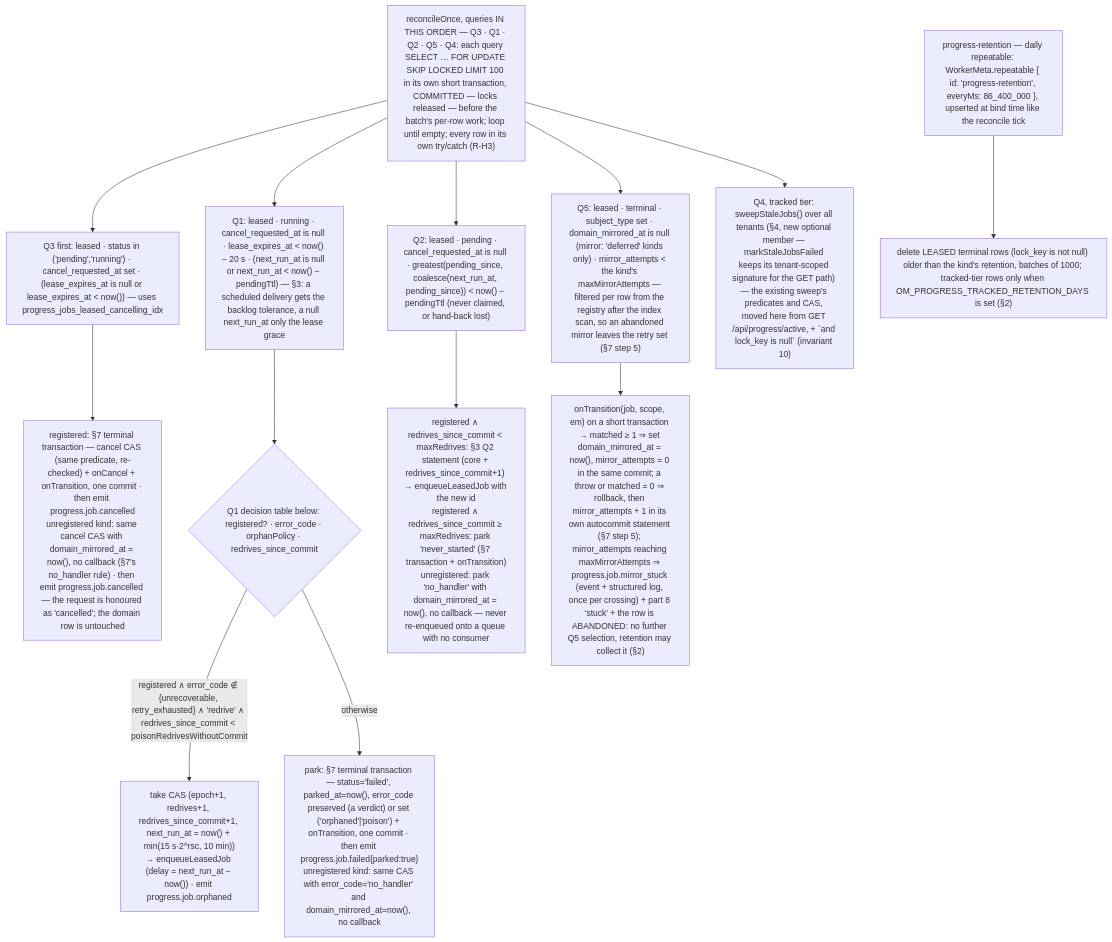
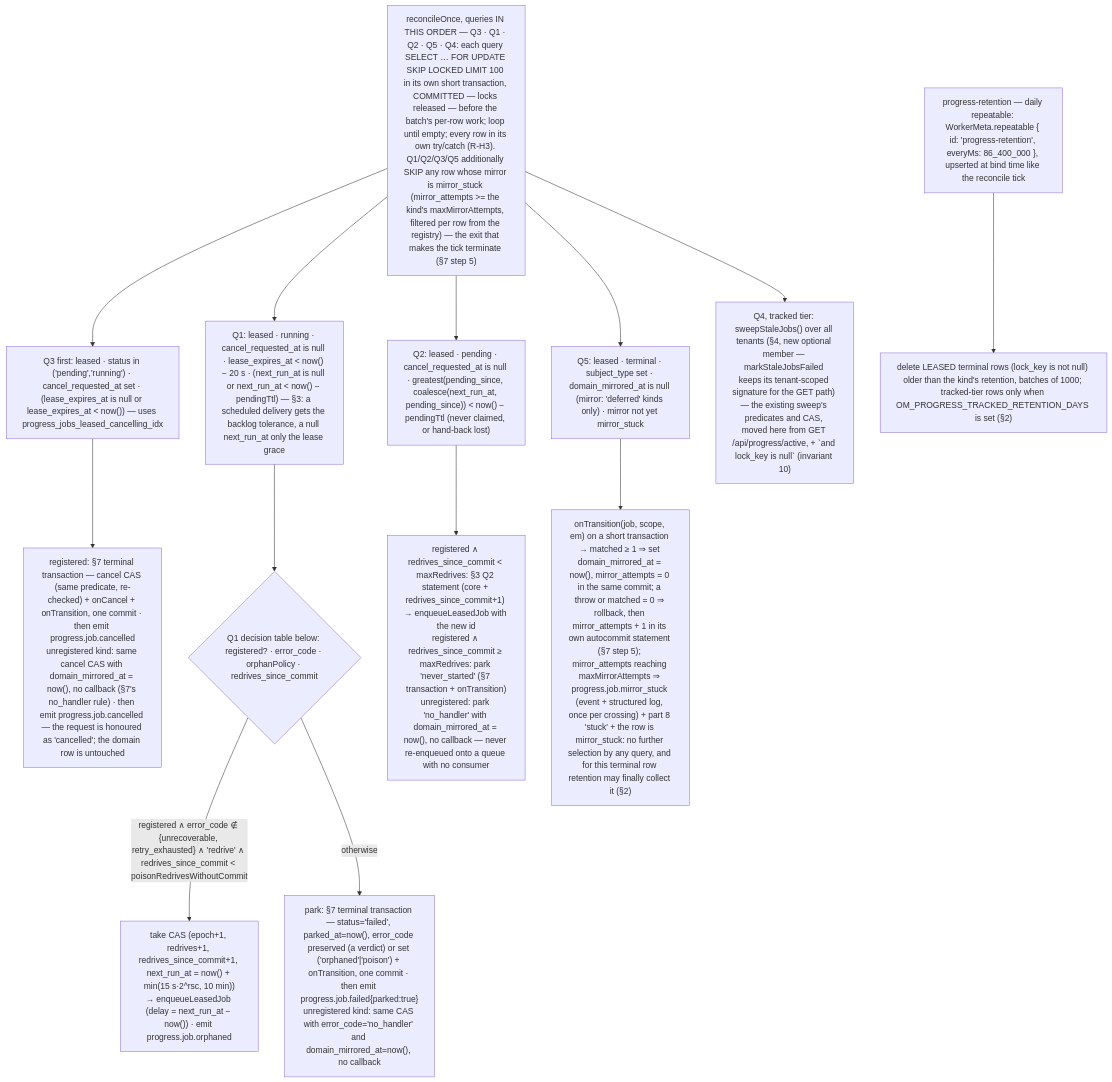
The diagram in .ai/specs/2026-08-21-background-work-06-leased-jobs-in-progress.md (open-mercato/open-mercato), drawn with Mermaid before and after one commit. The commit also changed other lines of this file and 3 other files, not shown here.

First line of the commit message:
docs(specs): round 12 — make mirror_stuck an exit in both mirror modes, not just deferred

````diff
--- a/.ai/specs/2026-08-21-background-work-06-leased-jobs-in-progress.md
+++ b/.ai/specs/2026-08-21-background-work-06-leased-jobs-in-progress.md
@@ -392,16 +392,16 @@
 ```mermaid
 flowchart TB
-  T["reconcileOnce, queries IN THIS ORDER — Q3 · Q1 · Q2 · Q5 · Q4: each query SELECT … FOR UPDATE SKIP LOCKED LIMIT 100 in its own short transaction, COMMITTED — locks released — before the batch's per-row work; loop until empty; every row in its own try/catch (R-H3)"]
+  T["reconcileOnce, queries IN THIS ORDER — Q3 · Q1 · Q2 · Q5 · Q4: each query SELECT … FOR UPDATE SKIP LOCKED LIMIT 100 in its own short transaction, COMMITTED — locks released — before the batch's per-row work; loop until empty; every row in its own try/catch (R-H3). Q1/Q2/Q3/Q5 additionally SKIP any row whose mirror is mirror_stuck (mirror_attempts >= the kind's maxMirrorAttempts, filtered per row from the registry) — the exit that makes the tick terminate (§7 step 5)"]
   T --> Q3["Q3 first: leased · status in ('pending','running') · cancel_requested_at set · (lease_expires_at is null or lease_expires_at < now()) — uses progress_jobs_leased_cancelling_idx"]
   Q3 --> C["registered: §7 terminal transaction — cancel CAS (same predicate, re-checked) + onCancel + onTransition, one commit · then emit progress.job.cancelled<br/>unregistered kind: same cancel CAS with domain_mirrored_at = now(), no callback (§7's no_handler rule) · then emit progress.job.cancelled — the request is honoured as 'cancelled'; the domain row is untouched"]
   T --> Q1["Q1: leased · running · cancel_requested_at is null · lease_expires_at < now() − 20 s · (next_run_at is null or next_run_at < now() − pendingTtl) — §3: a scheduled delivery gets the backlog tolerance, a null next_run_at only the lease grace"]
   Q1 --> POL{"Q1 decision table below: registered? · error_code · orphanPolicy · redrives_since_commit"}
   POL -->|"registered ∧ error_code ∉ {unrecoverable, retry_exhausted} ∧ 'redrive' ∧ redrives_since_commit < poisonRedrivesWithoutCommit"| RE["take CAS (epoch+1, redrives+1, redrives_since_commit+1, next_run_at = now() + min(15 s·2^rsc, 10 min))<br/>→ enqueueLeasedJob (delay = next_run_at − now()) · emit progress.job.orphaned"]
   POL -->|otherwise| PK["park: §7 terminal transaction — status='failed', parked_at=now(), error_code preserved (a verdict) or set ('orphaned'|'poison') + onTransition, one commit · then emit progress.job.failed{parked:true}<br/>unregistered kind: same CAS with error_code='no_handler' and domain_mirrored_at=now(), no callback"]
   T --> Q2["Q2: leased · pending · cancel_requested_at is null · greatest(pending_since, coalesce(next_run_at, pending_since)) < now() − pendingTtl (never claimed, or hand-back lost)"]
   Q2 --> RE2["registered ∧ redrives_since_commit < maxRedrives: §3 Q2 statement (core + redrives_since_commit+1) → enqueueLeasedJob with the new id<br/>registered ∧ redrives_since_commit ≥ maxRedrives: park 'never_started' (§7 transaction + onTransition)<br/>unregistered: park 'no_handler' with domain_mirrored_at = now(), no callback — never re-enqueued onto a queue with no consumer"]
-  T --> Q5["Q5: leased · terminal · subject_type set · domain_mirrored_at is null (mirror: 'deferred' kinds only) · mirror_attempts < the kind's maxMirrorAttempts — filtered per row from the registry after the index scan, so an abandoned mirror leaves the retry set (§7 step 5)"]
-  Q5 --> M["onTransition(job, scope, em) on a short transaction → matched ≥ 1 ⇒ set domain_mirrored_at = now(), mirror_attempts = 0 in the same commit; a throw or matched = 0 ⇒ rollback, then mirror_attempts + 1 in its own autocommit statement (§7 step 5); mirror_attempts reaching maxMirrorAttempts ⇒ progress.job.mirror_stuck (event + structured log, once per crossing) + part 8 'stuck' + the row is ABANDONED: no further Q5 selection, retention may collect it (§2)"]
+  T --> Q5["Q5: leased · terminal · subject_type set · domain_mirrored_at is null (mirror: 'deferred' kinds only) · mirror not yet mirror_stuck"]
+  Q5 --> M["onTransition(job, scope, em) on a short transaction → matched ≥ 1 ⇒ set domain_mirrored_at = now(), mirror_attempts = 0 in the same commit; a throw or matched = 0 ⇒ rollback, then mirror_attempts + 1 in its own autocommit statement (§7 step 5); mirror_attempts reaching maxMirrorAttempts ⇒ progress.job.mirror_stuck (event + structured log, once per crossing) + part 8 'stuck' + the row is mirror_stuck: no further selection by any query, and for this terminal row retention may finally collect it (§2)"]
   T --> Q4["Q4, tracked tier: sweepStaleJobs() over all tenants (§4, new optional member — markStaleJobsFailed keeps its tenant-scoped signature for the GET path) — the existing sweep's predicates and CAS, moved here from GET /api/progress/active, + `and lock_key is null` (invariant 10)"]
   D["progress-retention — daily repeatable: WorkerMeta.repeatable { id: 'progress-retention', everyMs: 86_400_000 }, upserted at bind time like the reconcile tick"] --> R["delete LEASED terminal rows (lock_key is not null) older than the kind's retention, batches of 1000; tracked-tier rows only when OM_PROGRESS_TRACKED_RETENTION_DAYS is set (§2)"]
 ```
````
